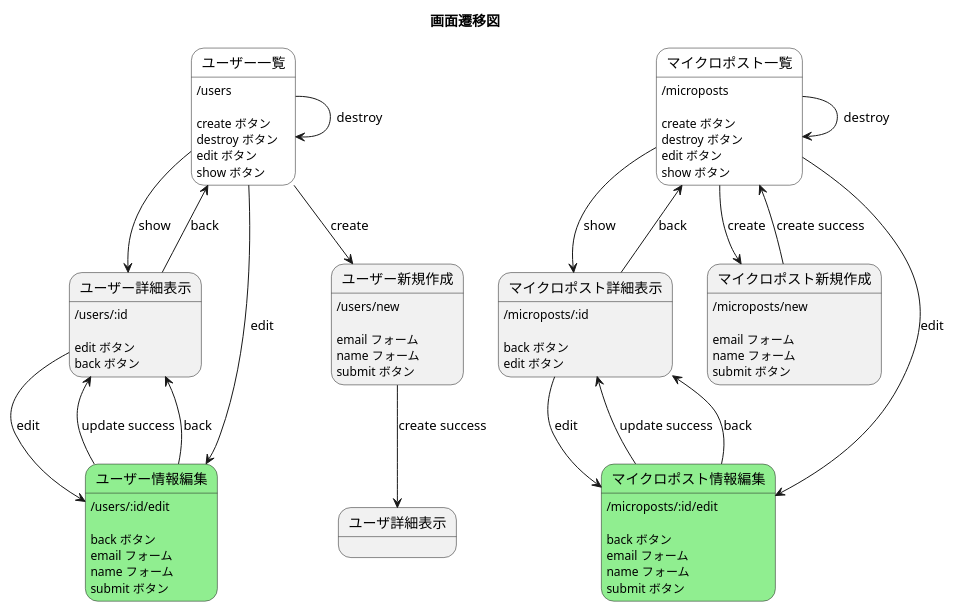
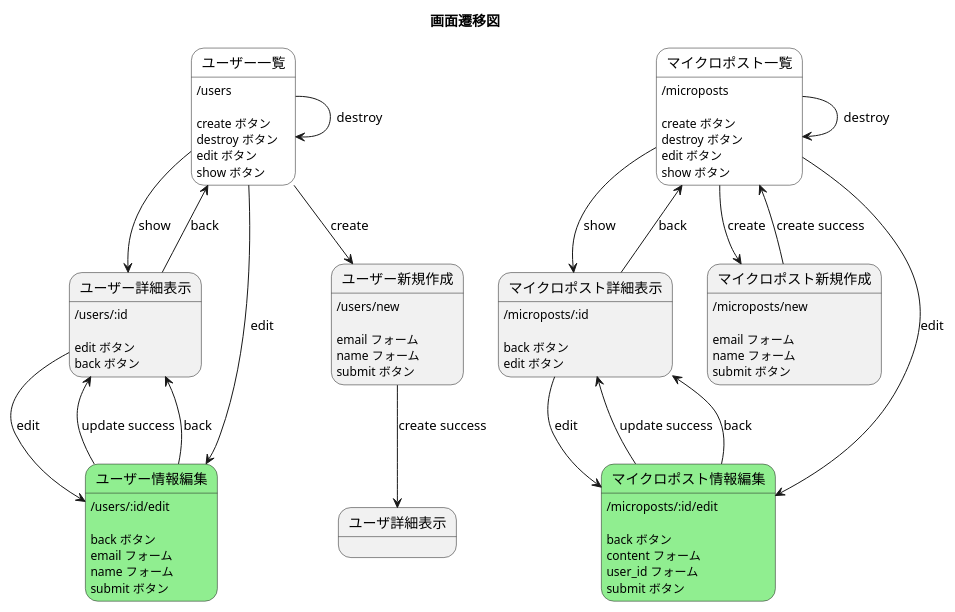
Before and after one commit to su3aki/KKmemoApp: the diagram in docs/ToyAppモデル関係図/ToyAppページ遷移と構成内容.md, drawn with PlantUML.

```diff
--- a/docs/ToyAppモデル関係図/ToyAppページ遷移と構成内容.md
+++ b/docs/ToyAppモデル関係図/ToyAppページ遷移と構成内容.md
@@ -72,8 +72,8 @@
 マイクロポスト情報編集: /microposts/:id/edit
 マイクロポスト情報編集:
 マイクロポスト情報編集:back ボタン
-マイクロポスト情報編集:email フォーム
-マイクロポスト情報編集:name フォーム
+マイクロポスト情報編集:content フォーム
+マイクロポスト情報編集:user_id フォーム
 マイクロポスト情報編集:submit ボタン
 
 
```
